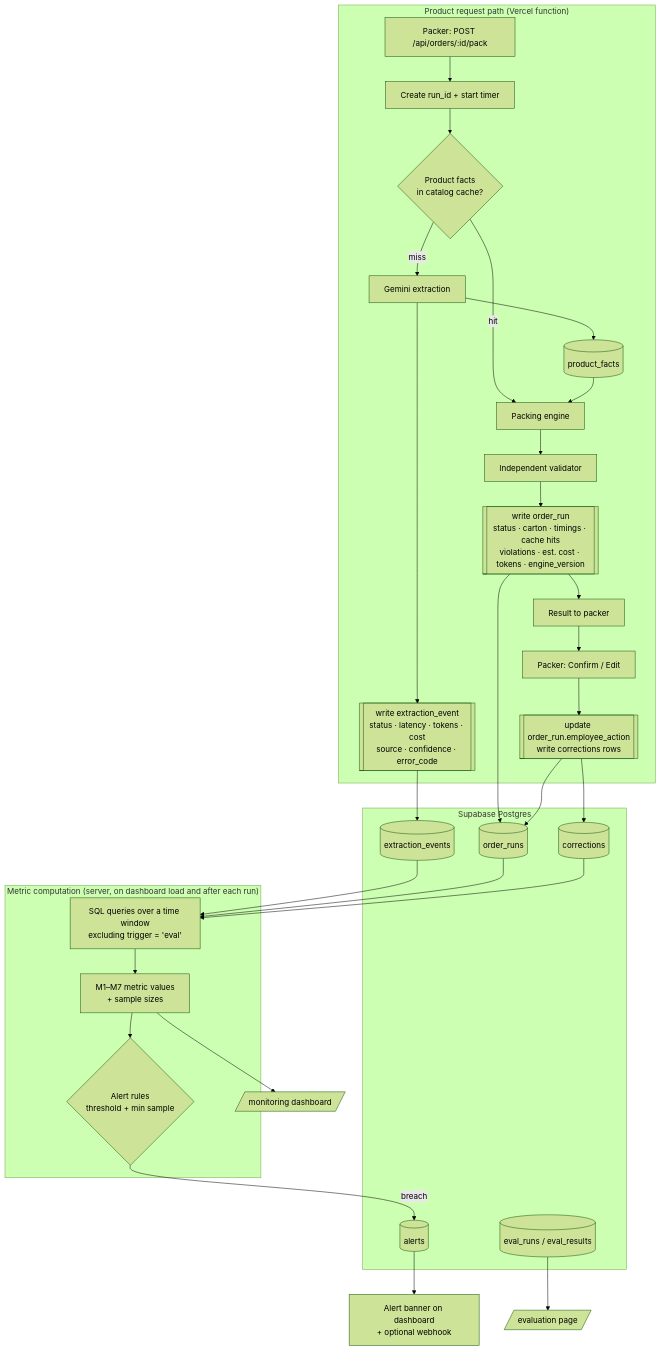
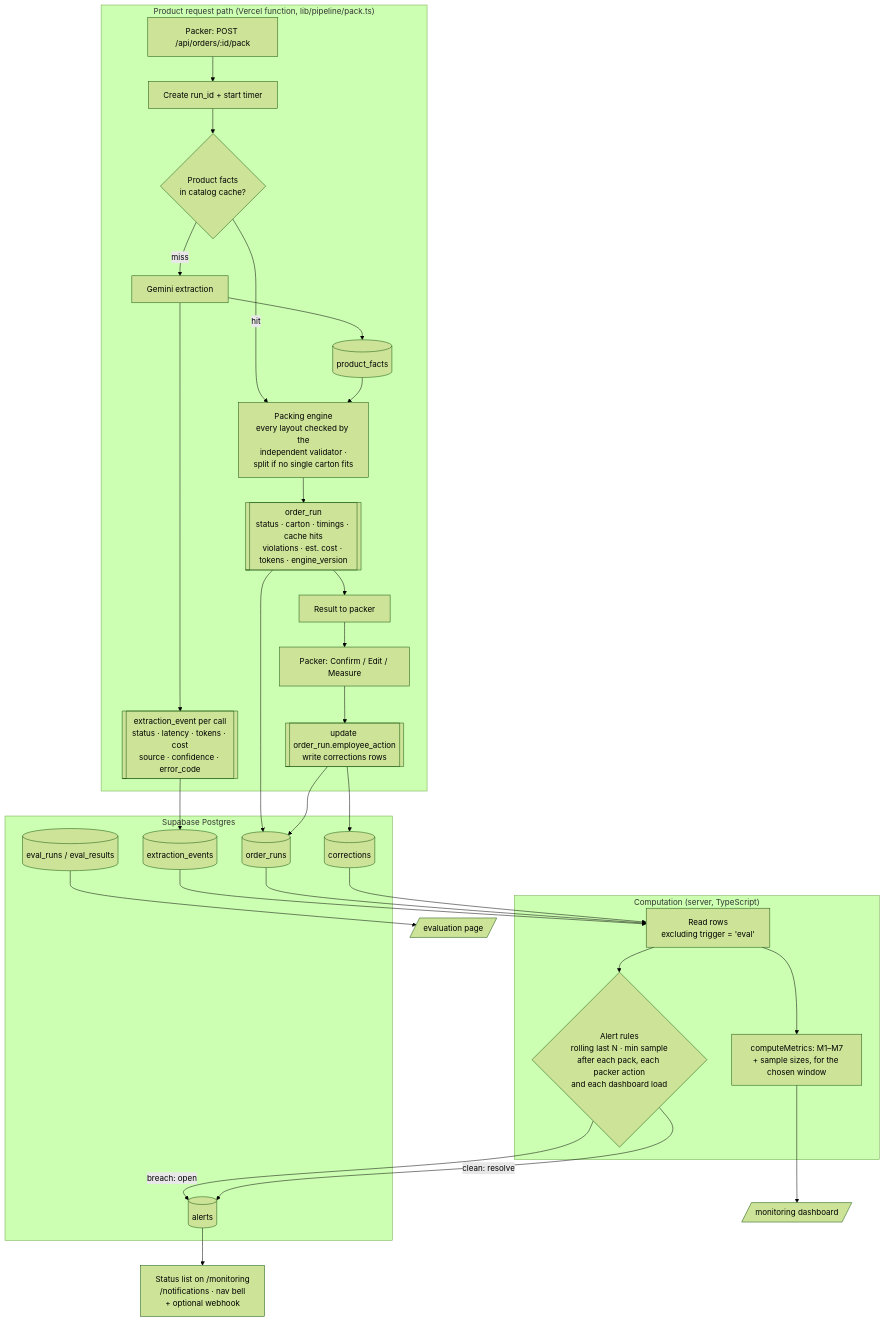
One commit to justAbdulaziz10/Rassah changed the second of 4 diagrams in docs/diagrams.md. Above: the diagram before and after it, drawn with Mermaid (forest theme). The commit also changed other lines of this file and 25 other files, not shown here.

First line of the commit message:
docs: bring every doc in line with the code as built

````diff
--- a/docs/diagrams.md
+++ b/docs/diagrams.md
@@ -49,44 +49,44 @@
 ```mermaid
 flowchart TB
-    subgraph Product["Product request path (Vercel function)"]
+    subgraph Product["Product request path (Vercel function, lib/pipeline/pack.ts)"]
         U[Packer: POST /api/orders/:id/pack] --> R[Create run_id + start timer]
         R --> CL{Product facts<br/>in catalog cache?}
         CL -->|hit| PK
         CL -->|miss| GX[Gemini extraction]
-        GX --> EV1[[write extraction_event<br/>status · latency · tokens · cost<br/>source · confidence · error_code]]
+        GX --> EV1[[extraction_event per call<br/>status · latency · tokens · cost<br/>source · confidence · error_code]]
         GX --> PF[(product_facts)]
-        PF --> PK[Packing engine]
-        PK --> VA[Independent validator]
-        VA --> EV2[[write order_run<br/>status · carton · timings · cache hits<br/>violations · est. cost · tokens · engine_version]]
+        PF --> PK[Packing engine<br/>every layout checked by the<br/>independent validator ·<br/>split if no single carton fits]
+        PK --> EV2[[order_run<br/>status · carton · timings · cache hits<br/>violations · est. cost · tokens · engine_version]]
         EV2 --> RES[Result to packer]
-        RES --> ACT[Packer: Confirm / Edit]
+        RES --> ACT[Packer: Confirm / Edit / Measure]
         ACT --> EV3[[update order_run.employee_action<br/>write corrections rows]]
     end
 
     subgraph Store["Supabase Postgres"]
         T1[(extraction_events)]
         T2[(order_runs)]
         T3[(corrections)]
         T4[(eval_runs / eval_results)]
         T5[(alerts)]
     end
 
     EV1 --> T1
     EV2 --> T2
     EV3 --> T2
     EV3 --> T3
 
-    subgraph Compute["Metric computation (server, on dashboard load and after each run)"]
-        Q[SQL queries over a time window<br/>excluding trigger = 'eval'] --> MET[M1–M7 metric values<br/>+ sample sizes]
-        MET --> RULES{Alert rules<br/>threshold + min sample}
-        RULES -->|breach| T5
+    subgraph Compute["Computation (server, TypeScript)"]
+        Q[Read rows<br/>excluding trigger = 'eval'] --> MET[computeMetrics: M1–M7<br/>+ sample sizes, for the chosen window]
+        Q --> RULES{Alert rules<br/>rolling last N · min sample<br/>after each pack, each packer action<br/>and each dashboard load}
+        RULES -->|breach: open| T5
+        RULES -->|clean: resolve| T5
     end
 
     T1 --> Q
     T2 --> Q
     T3 --> Q
 
     MET --> DASH[/monitoring dashboard/]
-    T5 --> BAN[Alert banner on dashboard<br/>+ optional webhook]
+    T5 --> BAN[Status list on /monitoring<br/>/notifications · nav bell<br/>+ optional webhook]
     T4 --> EVP[/evaluation page/]
 ```
````
